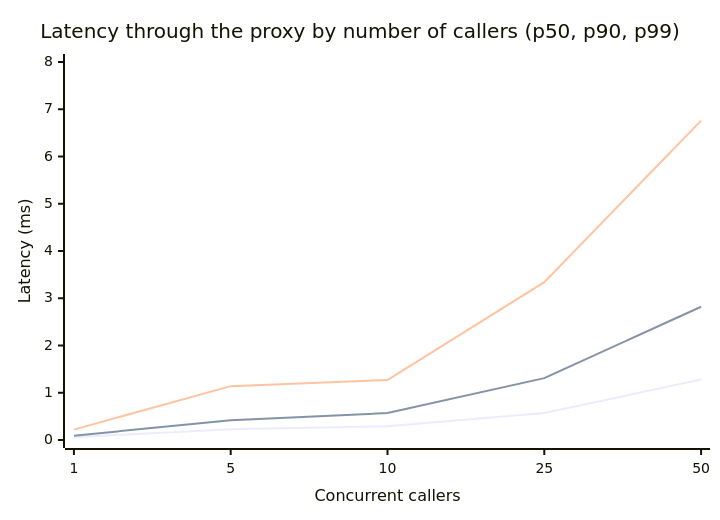
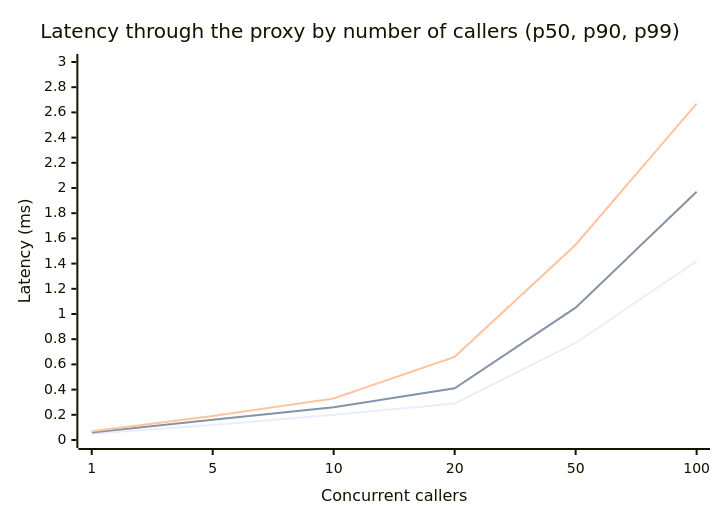
One commit to aisrael/reverse-proxy changed the first of 4 diagrams in docs/benchmarks.md. Above: the diagram before and after it, drawn with Mermaid. The commit also changed other lines of this file, not shown here.

````diff
--- a/docs/benchmarks.md
+++ b/docs/benchmarks.md
@@ -51,9 +54,9 @@
 ```mermaid
 xychart-beta
     title "Latency through the proxy by number of callers (p50, p90, p99)"
-    x-axis "Concurrent callers" ["1", "5", "10", "25", "50"]
-    y-axis "Latency (ms)" 0 --> 8
-    line [0.06, 0.23, 0.29, 0.57, 1.28]
-    line [0.09, 0.42, 0.57, 1.31, 2.82]
-    line [0.22, 1.14, 1.27, 3.34, 6.76]
+    x-axis "Concurrent callers" ["1", "5", "10", "20", "50", "100"]
+    y-axis "Latency (ms)" 0 --> 3
+    line [0.05, 0.12, 0.20, 0.29, 0.77, 1.42]
+    line [0.06, 0.16, 0.26, 0.41, 1.05, 1.97]
+    line [0.07, 0.19, 0.33, 0.66, 1.55, 2.67]
 ```
````
